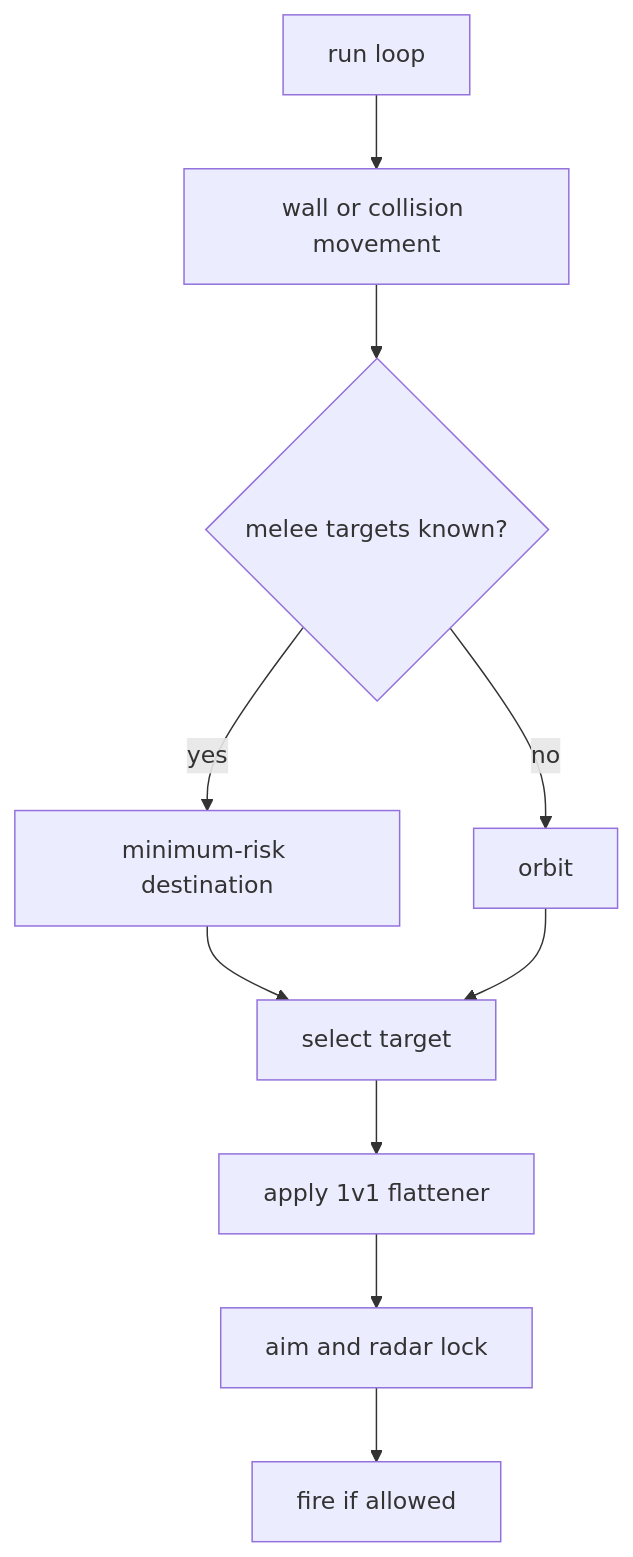
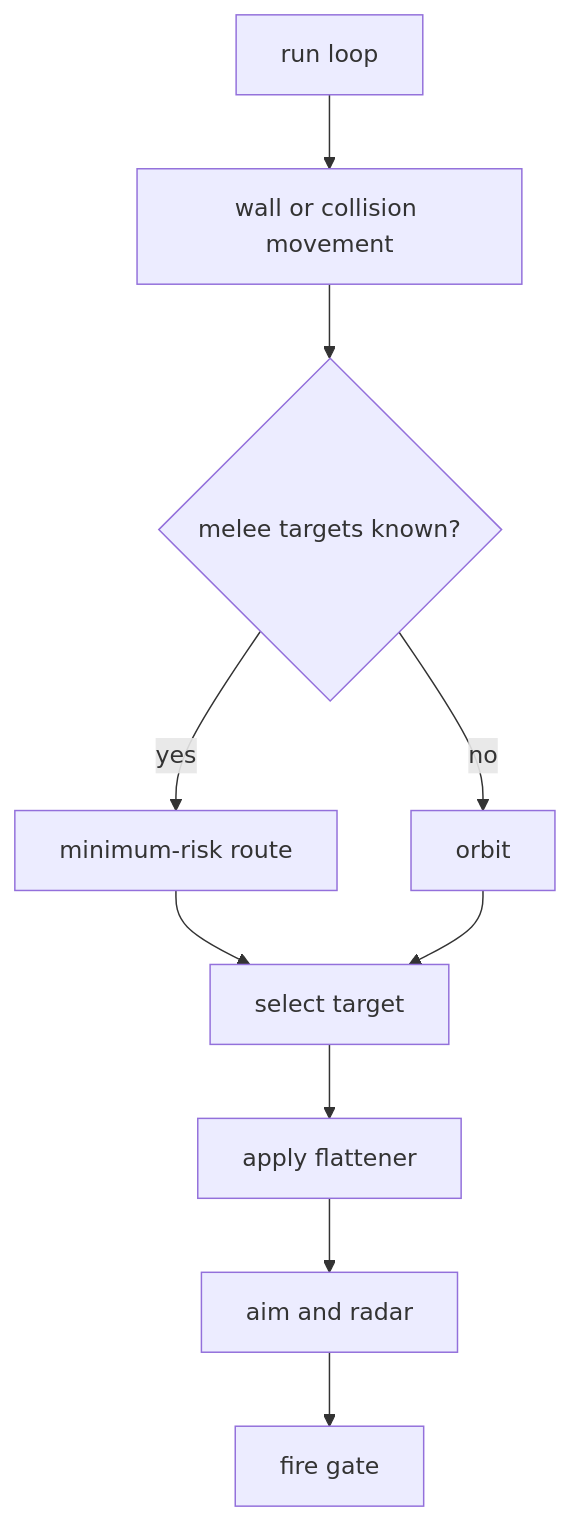
Before and after one commit to fduch-stranger/robocode-bot: the diagram in bots/circle-strafer/README.md, drawn with Mermaid. The commit also changed other lines of this file and 25 other files, not shown here.

````diff
--- a/bots/circle-strafer/README.md
+++ b/bots/circle-strafer/README.md
@@ -25,12 +17,12 @@
 ```mermaid
 flowchart TD
     A["run loop"] --> B["wall or collision movement"]
     B --> C{"melee targets known?"}
-    C -- "yes" --> D["minimum-risk destination"]
+    C -- "yes" --> D["minimum-risk route"]
     C -- "no" --> E["orbit"]
     D --> F["select target"]
     E --> F
-    F --> G["apply 1v1 flattener"]
-    G --> H["aim and radar lock"]
-    H --> I["fire if allowed"]
+    F --> G["apply flattener"]
+    G --> H["aim and radar"]
+    H --> I["fire gate"]
 ```
````
